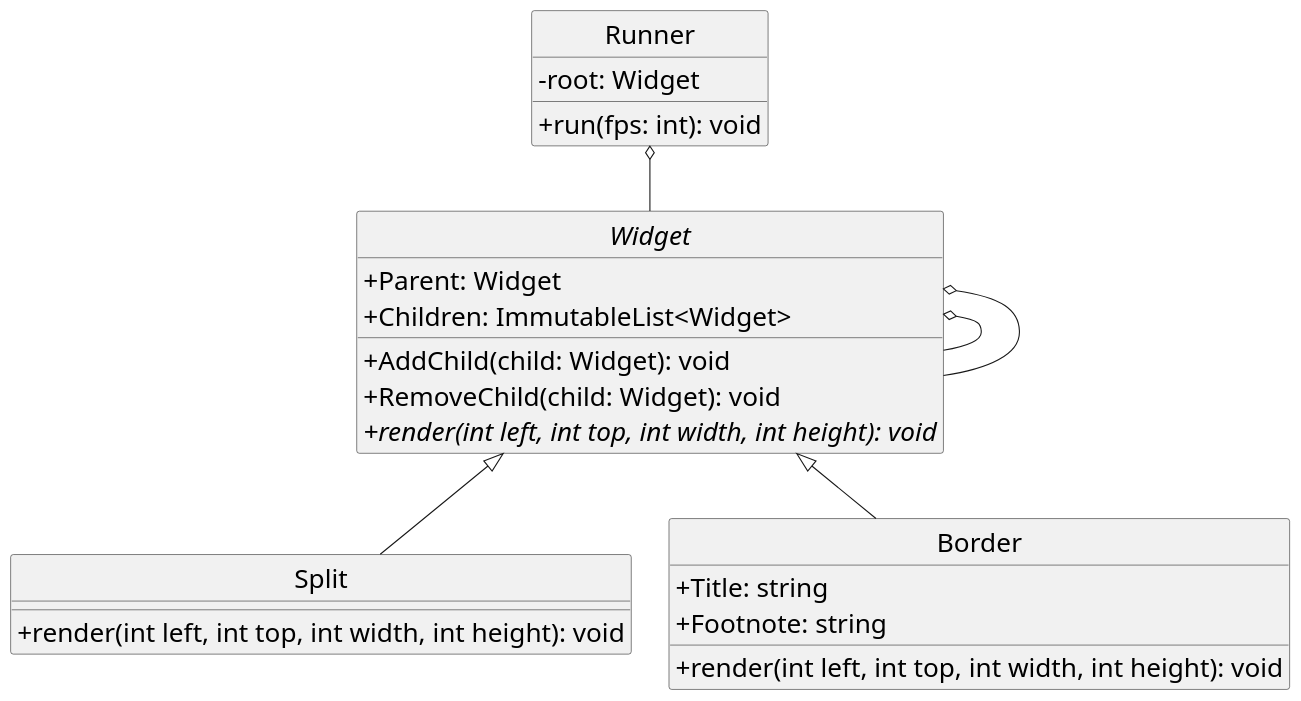
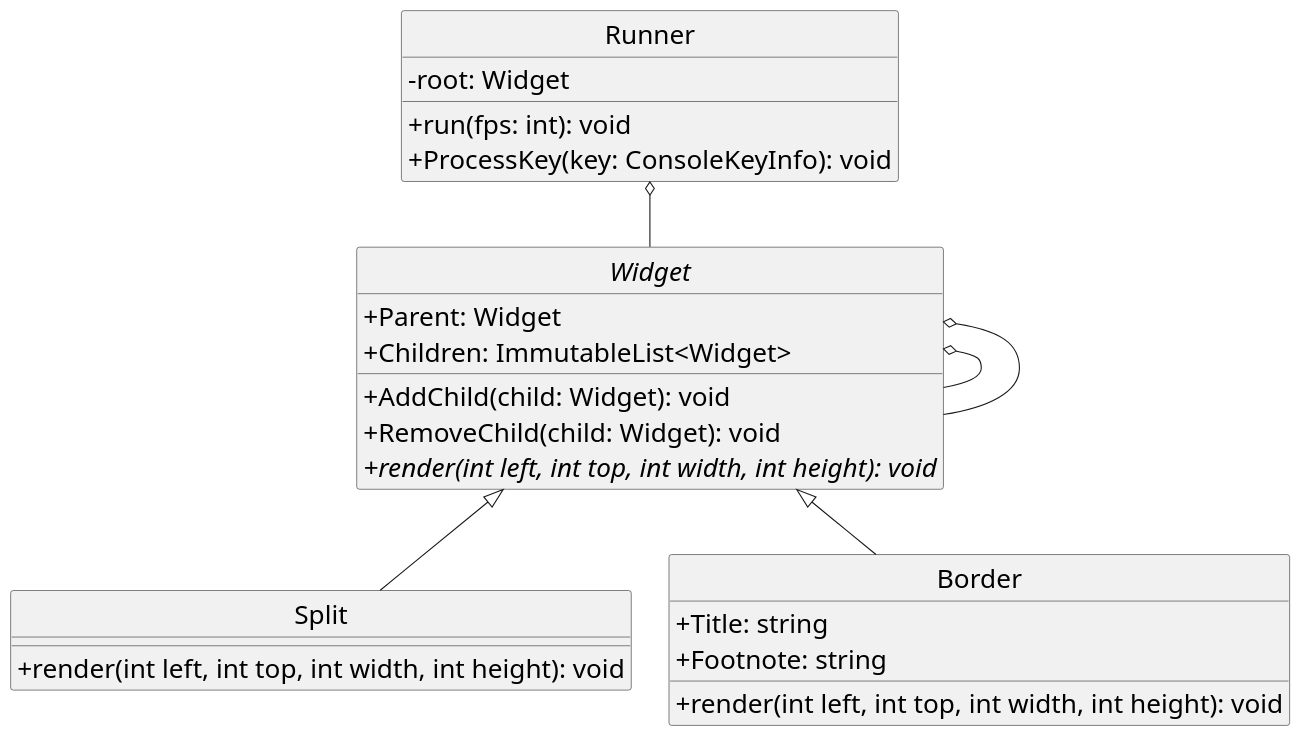
One commit to qlurkin/qlurkin.github.io changed the third of 6 diagrams in docs/courses/poo/slides/deck4/index.md. Above: the diagram before and after it, drawn with PlantUML. The commit also changed other lines of this file and 6 other files, not shown here.

````diff
--- a/docs/courses/poo/slides/deck4/index.md
+++ b/docs/courses/poo/slides/deck4/index.md
@@ -371,34 +371,35 @@
 ```plantuml {.build}
 hide circle
 skinparam classAttributeIconSize 0
 skinparam defaultFontSize 24
 
 class Runner {
   - root: Widget
   + run(fps: int): void
+  + ProcessKey(key: ConsoleKeyInfo): void
 }
 
 abstract class Widget {
   + Parent: Widget
   + Children: ImmutableList<Widget>
   + AddChild(child: Widget): void
   + RemoveChild(child: Widget): void
   + {abstract} render(int left, int top, int width, int height): void
 }
 
 class Split {
   + render(int left, int top, int width, int height): void
 }
 
 class Border {
   + Title: string
   + Footnote: string
   + render(int left, int top, int width, int height): void
 }
 
 Widget <|-- Split
 Widget <|-- Border
 Widget o-- Widget
 Widget o-- Widget
 Runner o-- Widget
 ```
````
